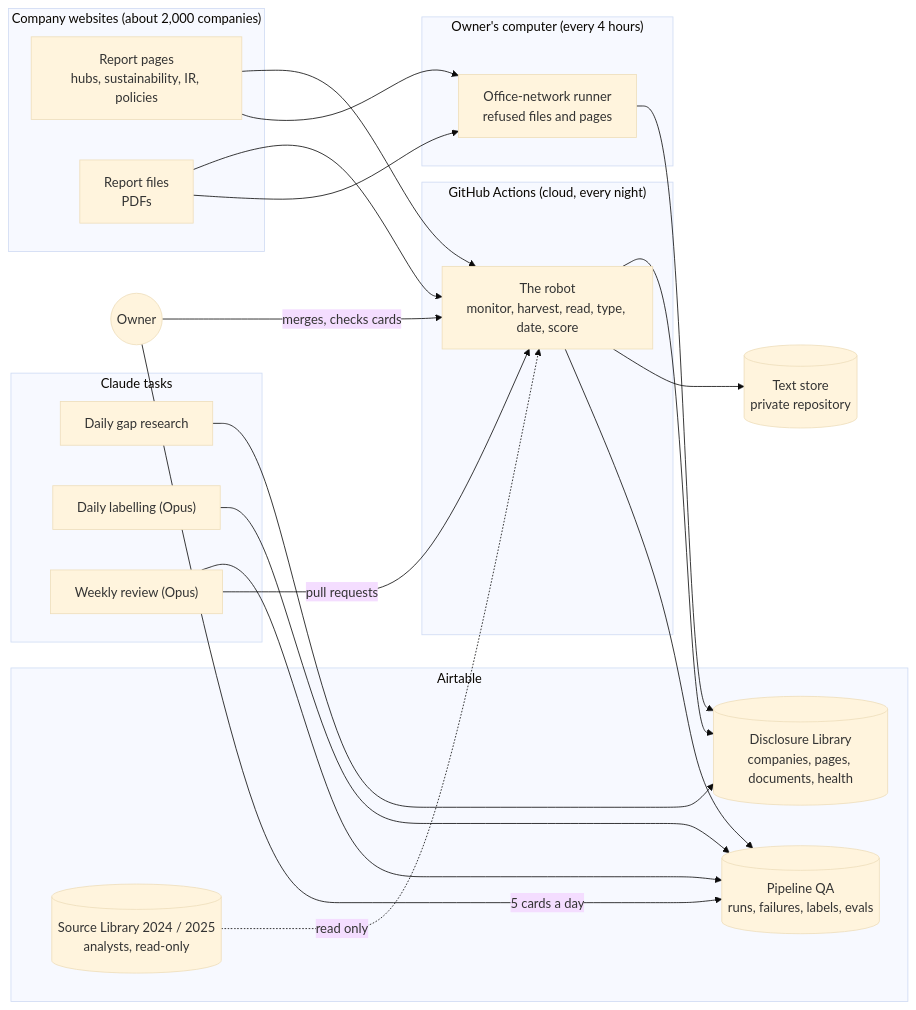
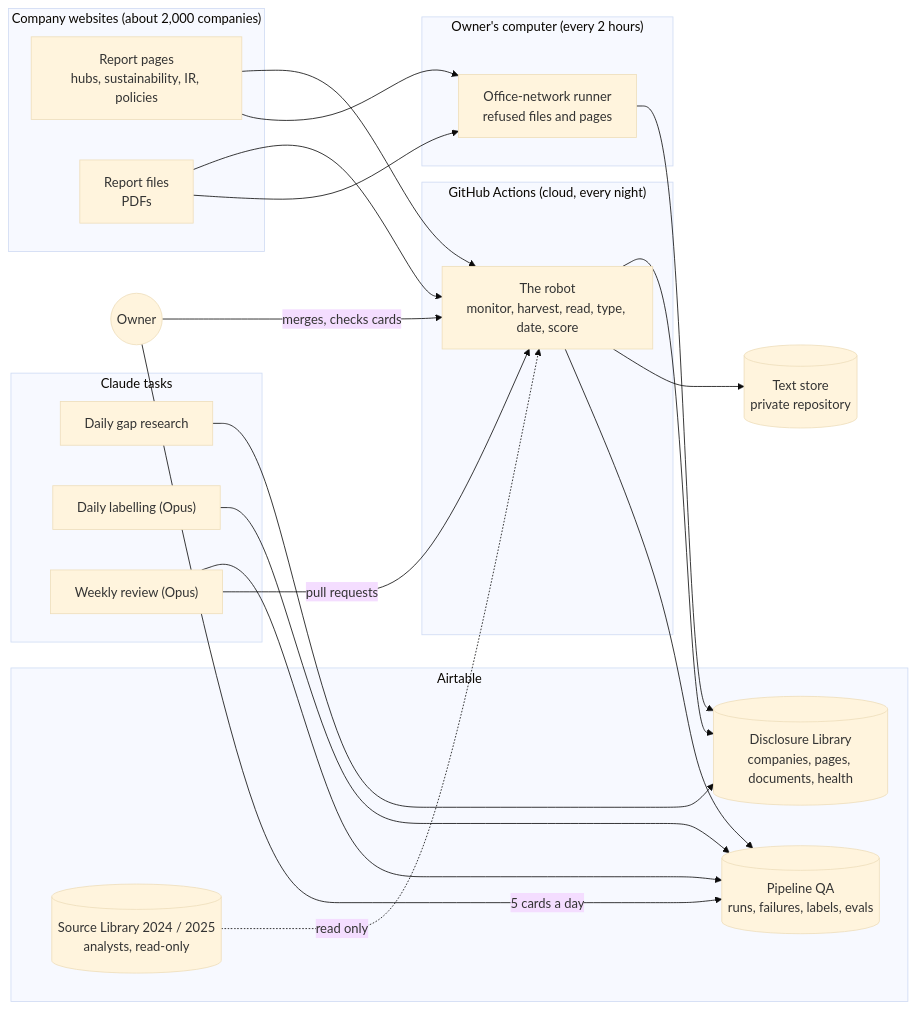
Before and after one commit to led2192/wba-link-monitor: the first of 11 diagrams in docs/diagrams.md, drawn with Mermaid (base theme). The commit also changed other lines of this file and 12 other files, not shown here.

````diff
--- a/docs/diagrams.md
+++ b/docs/diagrams.md
@@ -7,39 +7,39 @@
 ```mermaid
 flowchart LR
   subgraph Web["Company websites (about 2,000 companies)"]
     P["Report pages<br/>hubs, sustainability, IR, policies"]
     F["Report files<br/>PDFs"]
   end
   subgraph Cloud["GitHub Actions (cloud, every night)"]
     R["The robot<br/>monitor, harvest, read, type, date, score"]
   end
-  subgraph PC["Owner's computer (every 4 hours)"]
+  subgraph PC["Owner's computer (every 2 hours)"]
     O["Office-network runner<br/>refused files and pages"]
   end
   subgraph AT["Airtable"]
     DL[("Disclosure Library<br/>companies, pages, documents, health")]
     QA[("Pipeline QA<br/>runs, failures, labels, evals")]
     SL[("Source Library 2024 / 2025<br/>analysts, read-only")]
   end
   subgraph C["Claude tasks"]
     GR["Daily gap research"]
     DLB["Daily labelling (Opus)"]
     WR["Weekly review (Opus)"]
   end
   TS[("Text store<br/>private repository")]
   P --> R
   F --> R
   P --> O
   F --> O
   R --> DL
   O --> DL
   R --> TS
   R --> QA
   SL -. read only .-> R
   GR --> DL
   DLB --> QA
   WR --> QA
   WR -- pull requests --> R
   Edi(("Owner")) -- merges, checks cards --> R
   Edi -- 5 cards a day --> QA
 ```
````
